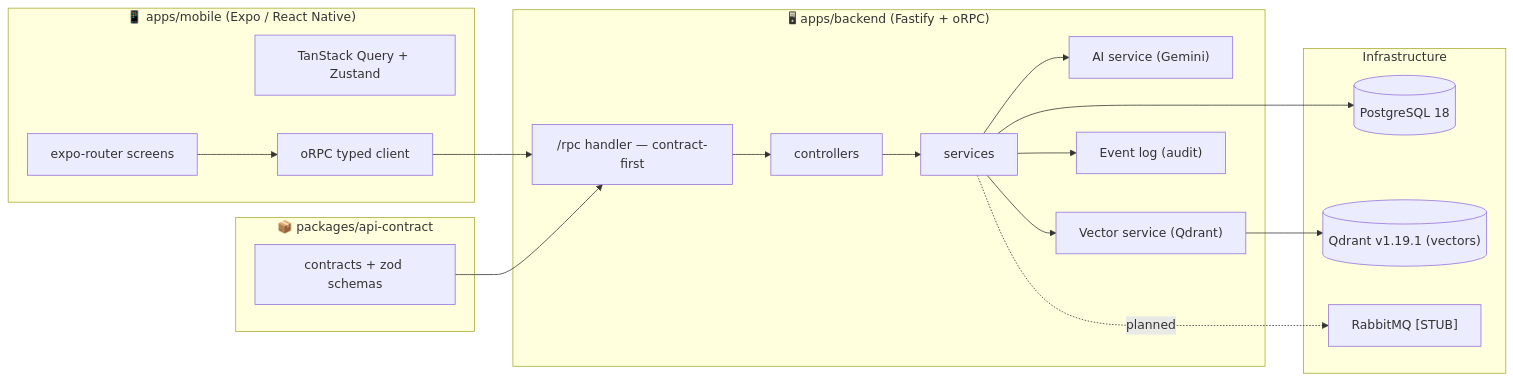
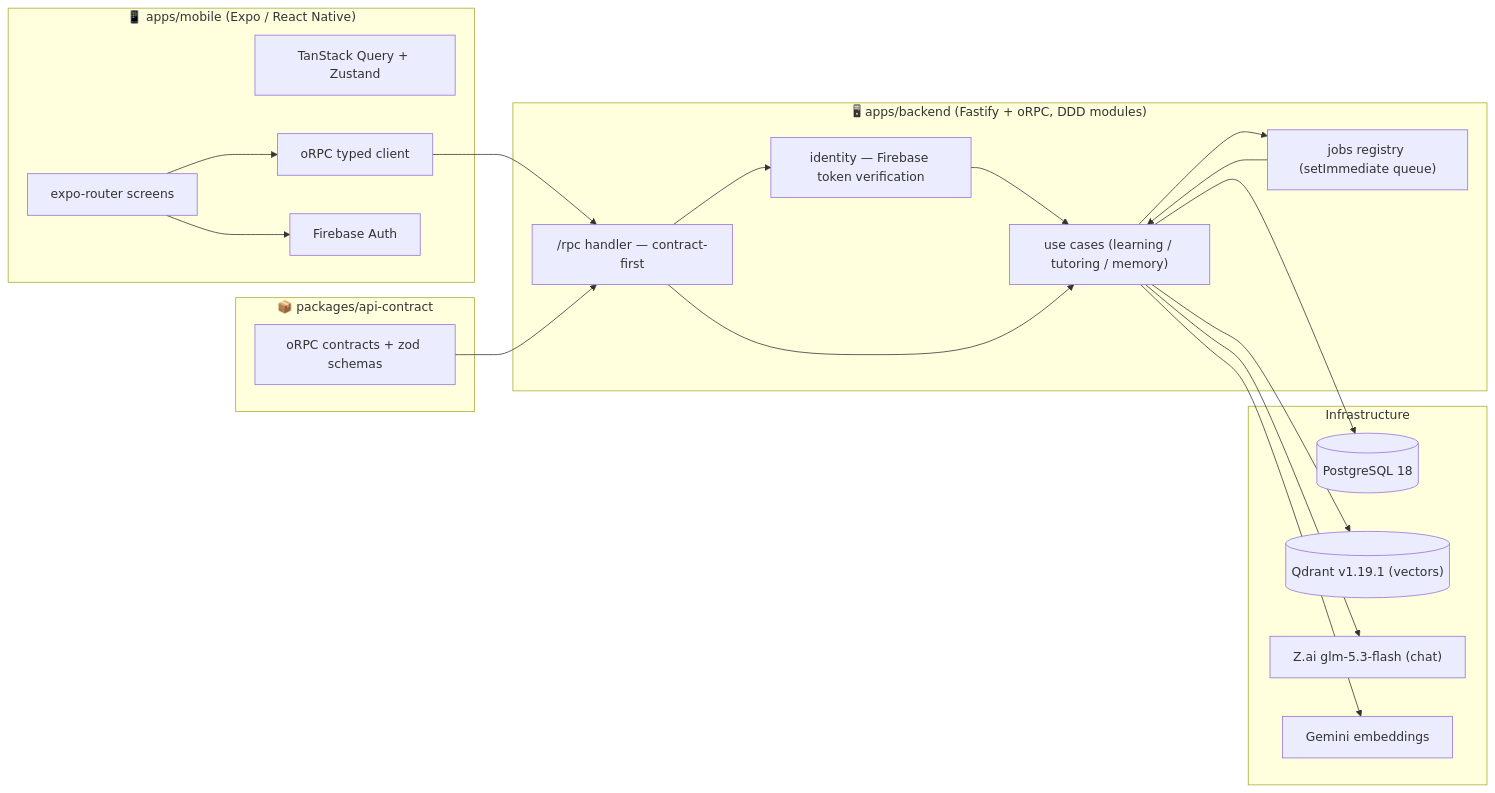
Before and after one commit to IAmPavelDev/axonpath: the first of 2 diagrams in knowledge-base/ARCHITECTURE.md, drawn with Mermaid. The commit also changed other lines of this file and 3 other files, not shown here.

````diff
--- a/knowledge-base/ARCHITECTURE.md
+++ b/knowledge-base/ARCHITECTURE.md
@@ -23,37 +19,38 @@
 ```mermaid
 flowchart LR
     subgraph Mobile["📱 apps/mobile (Expo / React Native)"]
         M[expo-router screens]
         Q[TanStack Query + Zustand]
         RPC[oRPC typed client]
+        FBM[Firebase Auth]
     end
 
-    subgraph Backend["🖥 apps/backend (Fastify + oRPC)"]
+    subgraph Backend["🖥 apps/backend (Fastify + oRPC, DDD modules)"]
         API["/rpc handler — contract-first"]
-        C["controllers"]
-        S["services"]
-        AI["AI service (Gemini)"]
-        V["Vector service (Qdrant)"]
-        EV["Event log (audit)"]
+        AUTH["identity — Firebase token verification"]
+        UC["use cases (learning / tutoring / memory)"]
+        JOBS["jobs registry (setImmediate queue)"]
     end
 
     subgraph Shared["📦 packages/api-contract"]
-        CONTRACTS["contracts + zod schemas"]
+        CONTRACTS["oRPC contracts + zod schemas"]
     end
 
     subgraph Infra["Infrastructure"]
         DB[("PostgreSQL 18")]
         QD[("Qdrant v1.19.1 (vectors)")]
-        MQ["RabbitMQ [STUB]"]
+        ZAI["Z.ai glm-5.3-flash (chat)"]
+        GEM["Gemini embeddings"]
     end
 
+    M --> FBM
     M --> RPC --> API
     CONTRACTS --> API
-    API --> C --> S
-    S --> AI
-    S --> V
-    S --> EV
-    S --> DB
-    V --> QD
-    S -.->|planned| MQ
+    API --> AUTH --> UC
+    API --> UC
+    UC --> JOBS --> UC
+    UC --> DB
+    UC --> QD
+    UC --> ZAI
+    UC --> GEM
 ```
````
